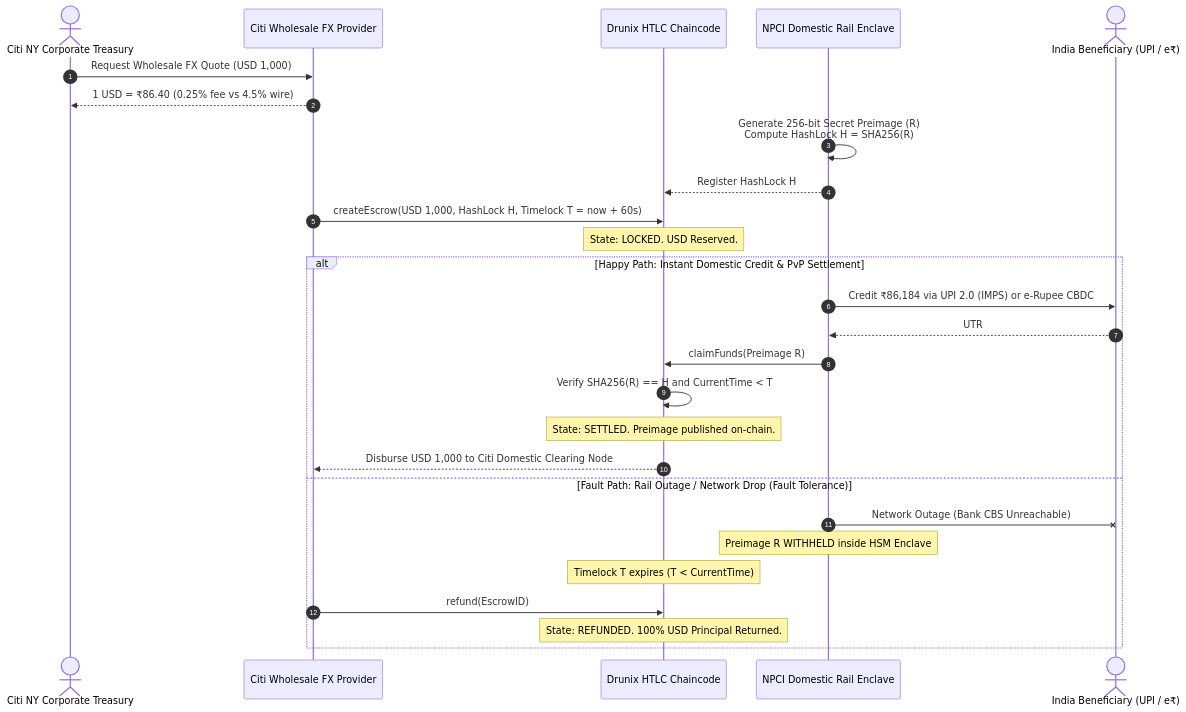
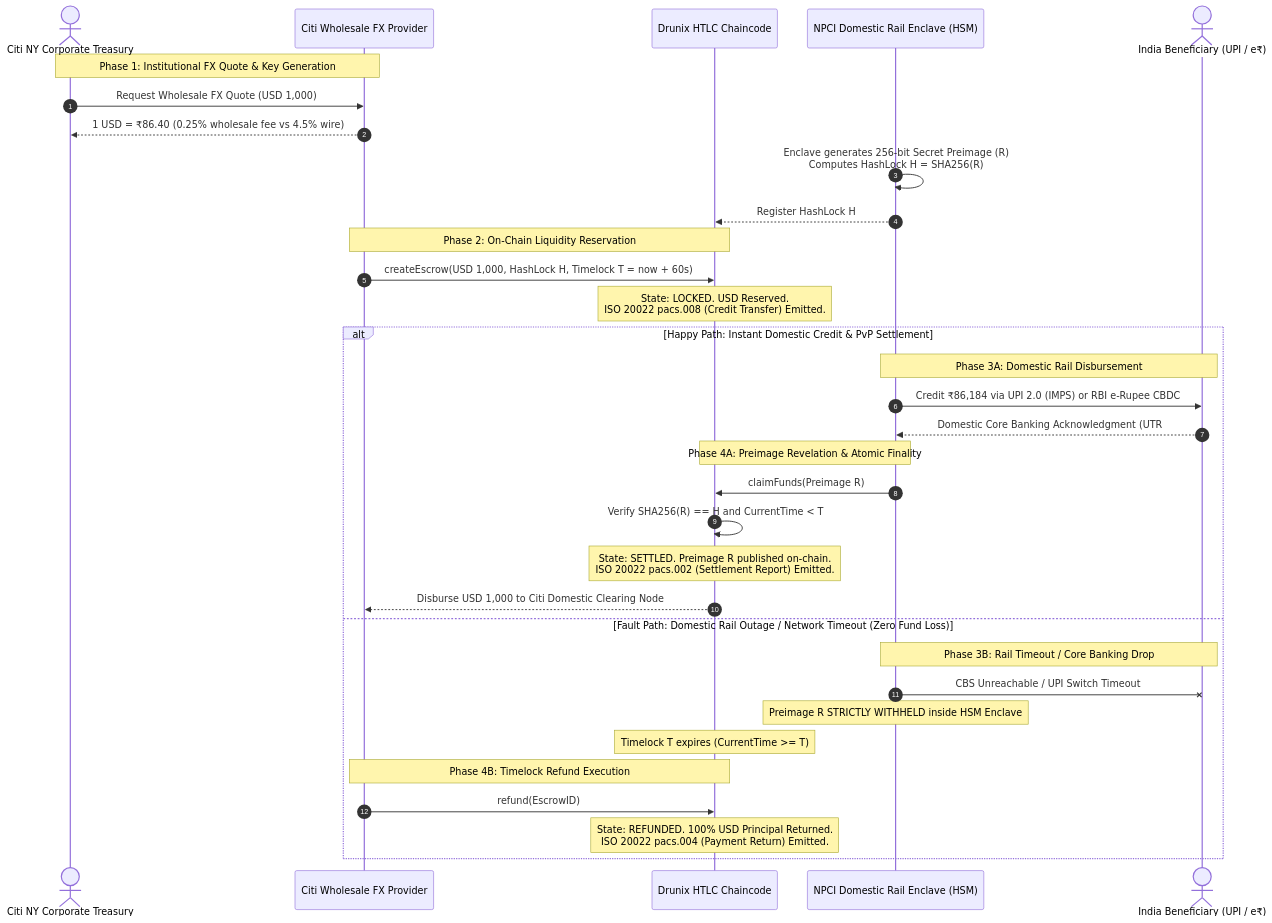
The diagram in README.md (Froglodyte/nexus-pvp), drawn with Mermaid before and after one commit. The commit also changed other lines of this file and 15 other files, not shown here.

````diff
--- a/README.md
+++ b/README.md
@@ -17,31 +41,38 @@
 ```mermaid
 sequenceDiagram
     autonumber
     actor Sender as Citi NY Corporate Treasury
     participant CitiNode as Citi Wholesale FX Provider
     participant Ledger as Drunix HTLC Chaincode
-    participant NPCI as NPCI Domestic Rail Enclave
+    participant NPCI as NPCI Domestic Rail Enclave (HSM)
     actor Recipient as India Beneficiary (UPI / e₹)
 
+    Note over Sender, CitiNode: Phase 1: Institutional FX Quote & Key Generation
     Sender->>CitiNode: Request Wholesale FX Quote (USD 1,000)
-    CitiNode-->>Sender: 1 USD = ₹86.40 (0.25% fee vs 4.5% wire)
-    NPCI->>NPCI: Generate 256-bit Secret Preimage (R)<br/>Compute HashLock H = SHA256(R)
+    CitiNode-->>Sender: 1 USD = ₹86.40 (0.25% wholesale fee vs 4.5% wire)
+    NPCI->>NPCI: Enclave generates 256-bit Secret Preimage (R)<br/>Computes HashLock H = SHA256(R)
     NPCI-->>Ledger: Register HashLock H
+
+    Note over CitiNode, Ledger: Phase 2: On-Chain Liquidity Reservation
     CitiNode->>Ledger: createEscrow(USD 1,000, HashLock H, Timelock T = now + 60s)
-    Note over Ledger: State: LOCKED. USD Reserved.
+    Note over Ledger: State: LOCKED. USD Reserved.<br/>ISO 20022 pacs.008 (Credit Transfer) Emitted.
     
     alt Happy Path: Instant Domestic Credit & PvP Settlement
-        NPCI->>Recipient: Credit ₹86,184 via UPI 2.0 (IMPS) or e-Rupee CBDC
-        Recipient-->>NPCI: UTR # / CBDC Block Mint Confirmed
+        Note over NPCI, Recipient: Phase 3A: Domestic Rail Disbursement
+        NPCI->>Recipient: Credit ₹86,184 via UPI 2.0 (IMPS) or RBI e-Rupee CBDC
+        Recipient-->>NPCI: Domestic Core Banking Acknowledgment (UTR # / CBDC Mint Tx)
+        Note over NPCI, Ledger: Phase 4A: Preimage Revelation & Atomic Finality
         NPCI->>Ledger: claimFunds(Preimage R)
         Ledger->>Ledger: Verify SHA256(R) == H and CurrentTime < T
-        Note over Ledger: State: SETTLED. Preimage published on-chain.
+        Note over Ledger: State: SETTLED. Preimage R published on-chain.<br/>ISO 20022 pacs.002 (Settlement Report) Emitted.
         Ledger-->>CitiNode: Disburse USD 1,000 to Citi Domestic Clearing Node
-    else Fault Path: Rail Outage / Network Drop (Fault Tolerance)
-        NPCI-xRecipient: Network Outage (Bank CBS Unreachable)
-        Note over NPCI: Preimage R WITHHELD inside HSM Enclave
-        Note over Ledger: Timelock T expires (T < CurrentTime)
+    else Fault Path: Domestic Rail Outage / Network Timeout (Zero Fund Loss)
+        Note over NPCI, Recipient: Phase 3B: Rail Timeout / Core Banking Drop
+        NPCI-xRecipient: CBS Unreachable / UPI Switch Timeout
+        Note over NPCI: Preimage R STRICTLY WITHHELD inside HSM Enclave
+        Note over Ledger: Timelock T expires (CurrentTime >= T)
+        Note over CitiNode, Ledger: Phase 4B: Timelock Refund Execution
         CitiNode->>Ledger: refund(EscrowID)
-        Note over Ledger: State: REFUNDED. 100% USD Principal Returned.
+        Note over Ledger: State: REFUNDED. 100% USD Principal Returned.<br/>ISO 20022 pacs.004 (Payment Return) Emitted.
     end
 ```
````
